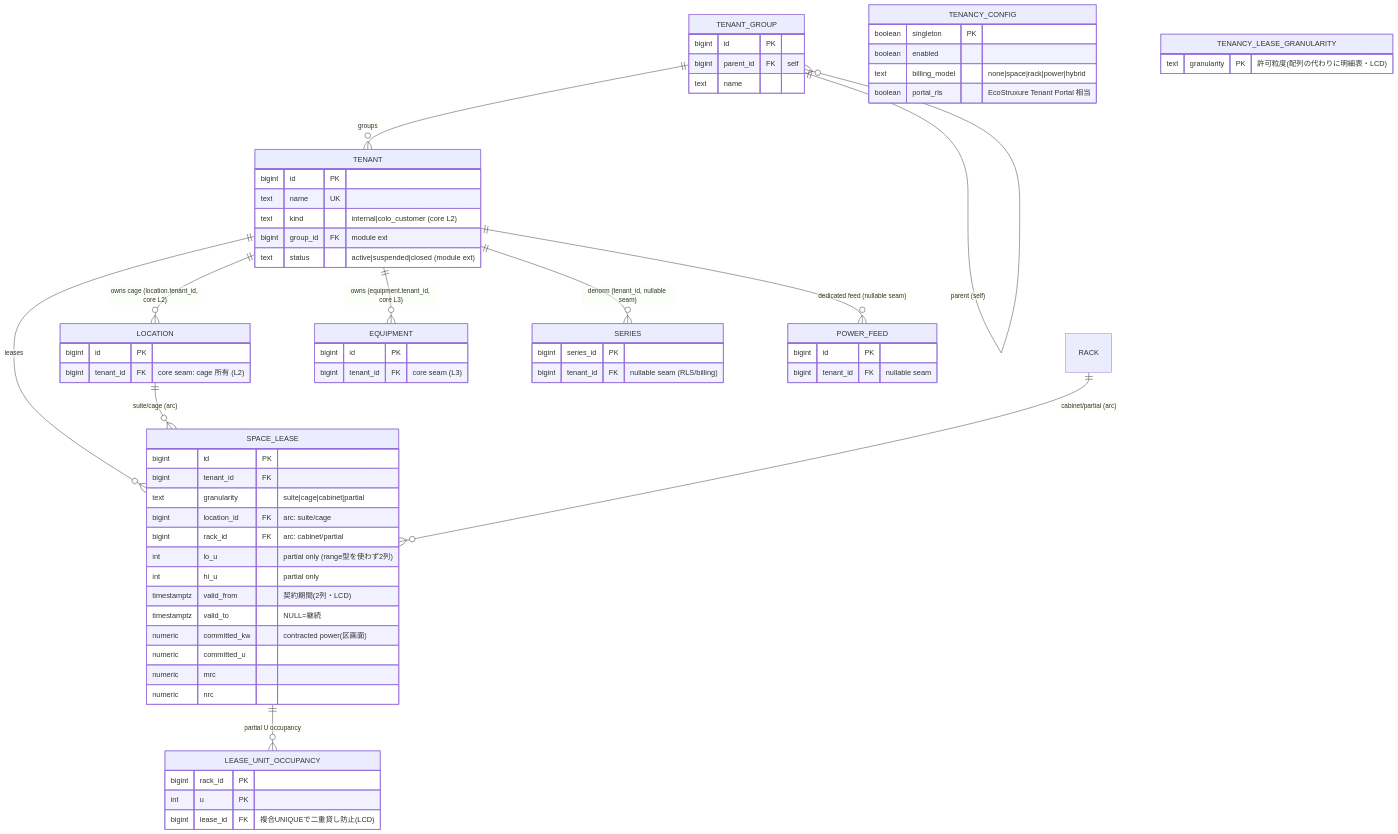
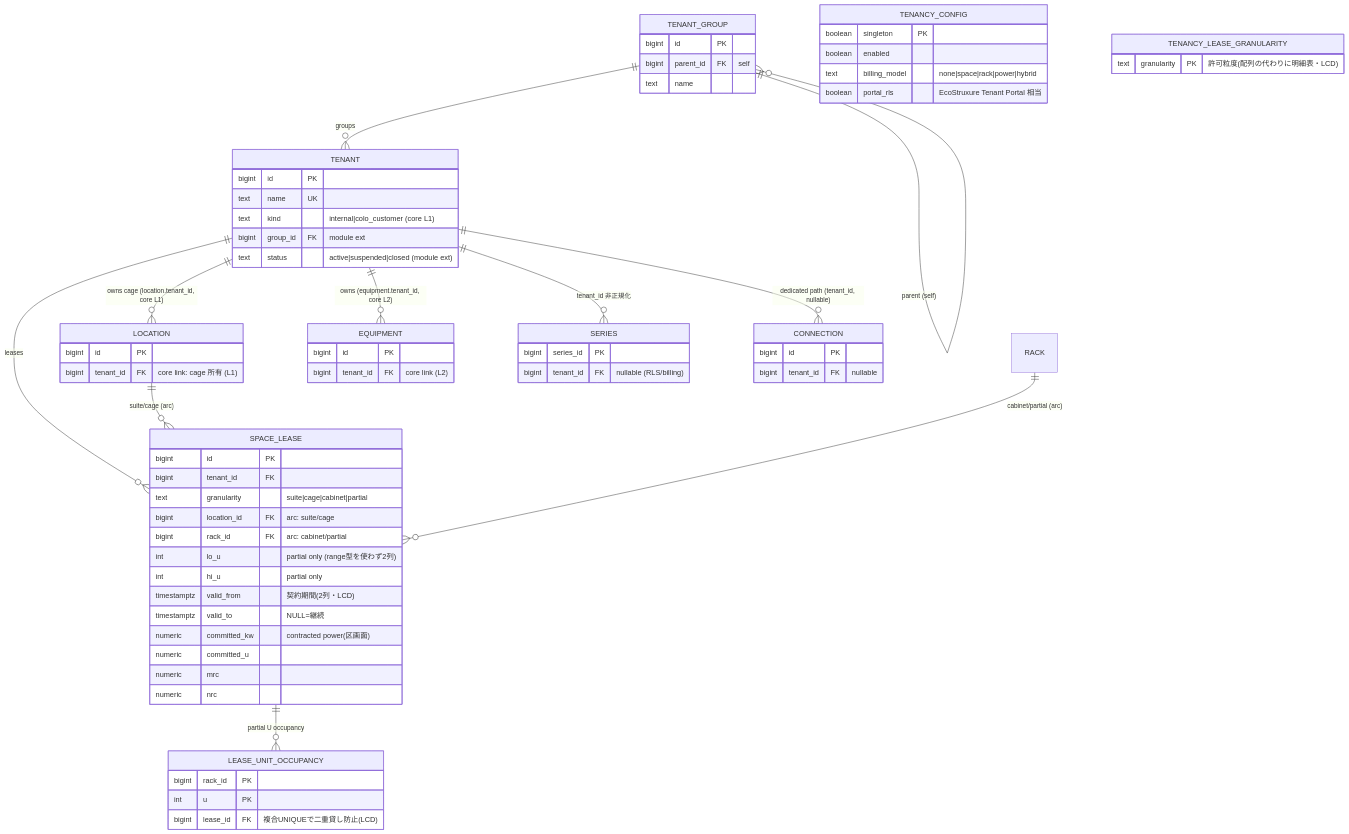
The diagram in 08-tenancy-colocation.md (hn-11/dcim-schema-design), drawn with Mermaid before and after one commit. The commit also changed other lines of this file and 13 other files, not shown here.

````diff
--- a/08-tenancy-colocation.md
+++ b/08-tenancy-colocation.md
@@ -289,71 +292,71 @@
 ```mermaid
 erDiagram
     TENANT_GROUP ||--o{ TENANT_GROUP : "parent (self)"
     TENANT_GROUP ||--o{ TENANT : groups
     TENANT ||--o{ SPACE_LEASE : leases
     LOCATION ||--o{ SPACE_LEASE : "suite/cage (arc)"
     RACK ||--o{ SPACE_LEASE : "cabinet/partial (arc)"
-    TENANT ||--o{ EQUIPMENT : "owns (equipment.tenant_id, core L3)"
-    TENANT ||--o{ LOCATION : "owns cage (location.tenant_id, core L2)"
-    TENANT ||--o{ SERIES : "denorm (tenant_id, nullable seam)"
-    TENANT ||--o{ POWER_FEED : "dedicated feed (nullable seam)"
+    TENANT ||--o{ EQUIPMENT : "owns (equipment.tenant_id, core L2)"
+    TENANT ||--o{ LOCATION : "owns cage (location.tenant_id, core L1)"
+    TENANT ||--o{ SERIES : "tenant_id 非正規化"
+    TENANT ||--o{ CONNECTION : "dedicated path (tenant_id, nullable)"
     SPACE_LEASE ||--o{ LEASE_UNIT_OCCUPANCY : "partial U occupancy"
 
     TENANCY_CONFIG {
         boolean singleton PK
         boolean enabled
         text billing_model "none|space|rack|power|hybrid"
         boolean portal_rls "EcoStruxure Tenant Portal 相当"
     }
     TENANCY_LEASE_GRANULARITY {
         text granularity PK "許可粒度(配列の代わりに明細表・LCD)"
     }
     TENANT_GROUP {
         bigint id PK
         bigint parent_id FK "self"
         text name
     }
     TENANT {
         bigint id PK
         text name UK
-        text kind "internal|colo_customer (core L2)"
+        text kind "internal|colo_customer (core L1)"
         bigint group_id FK "module ext"
         text status "active|suspended|closed (module ext)"
     }
     SPACE_LEASE {
         bigint id PK
         bigint tenant_id FK
         text granularity "suite|cage|cabinet|partial"
         bigint location_id FK "arc: suite/cage"
         bigint rack_id FK "arc: cabinet/partial"
         int lo_u "partial only (range型を使わず2列)"
         int hi_u "partial only"
         timestamptz valid_from "契約期間(2列・LCD)"
         timestamptz valid_to "NULL=継続"
         numeric committed_kw "contracted power(区画面)"
         numeric committed_u
         numeric mrc
         numeric nrc
     }
     LEASE_UNIT_OCCUPANCY {
         bigint rack_id PK
         int u PK
         bigint lease_id FK "複合UNIQUEで二重貸し防止(LCD)"
     }
     EQUIPMENT {
         bigint id PK
-        bigint tenant_id FK "core seam (L3)"
+        bigint tenant_id FK "core link (L2)"
     }
     LOCATION {
         bigint id PK
-        bigint tenant_id FK "core seam: cage 所有 (L2)"
+        bigint tenant_id FK "core link: cage 所有 (L1)"
     }
     SERIES {
         bigint series_id PK
-        bigint tenant_id FK "nullable seam (RLS/billing)"
+        bigint tenant_id FK "nullable (RLS/billing)"
     }
-    POWER_FEED {
+    CONNECTION {
         bigint id PK
-        bigint tenant_id FK "nullable seam"
+        bigint tenant_id FK "nullable"
     }
 ```
````
